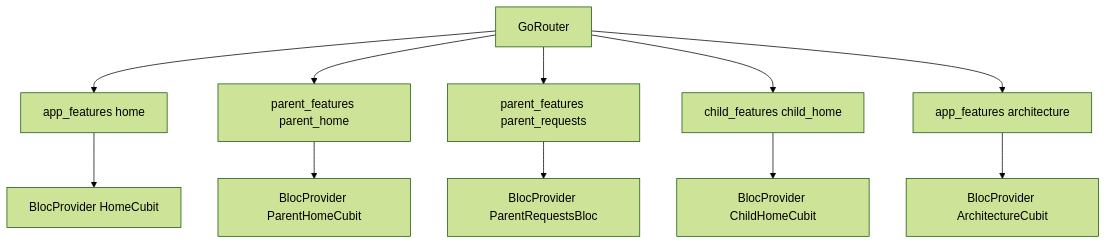
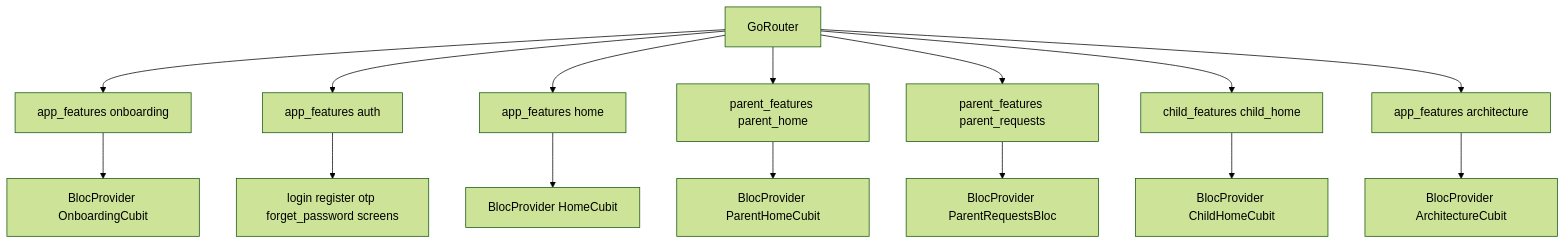
Before and after one commit to NasreddineLoukriz/elFulk-Mobile-App: the second of 3 diagrams in docs/ARCHITECTURE_DIAGRAMS.md, drawn with Mermaid (forest theme). The commit also changed other lines of this file and 5 other files, not shown here.

Commit message:
📝 docs: update docs for onboarding, auth, design tokens, and firebase placeholder

````diff
--- a/docs/ARCHITECTURE_DIAGRAMS.md
+++ b/docs/ARCHITECTURE_DIAGRAMS.md
@@ -23,14 +23,18 @@
 ```mermaid
 flowchart TD
-    R[GoRouter] --> A[app_features home]
+    R[GoRouter] --> O[app_features onboarding]
+    R --> A[app_features auth]
+    R --> H[app_features home]
     R --> P[parent_features parent_home]
     R --> PR[parent_features parent_requests]
     R --> C[child_features child_home]
     R --> X[app_features architecture]
 
-    A --> BA[BlocProvider HomeCubit]
+    O --> BO[BlocProvider OnboardingCubit]
+    A --> BA[login register otp forget_password screens]
+    H --> BH[BlocProvider HomeCubit]
     P --> BP[BlocProvider ParentHomeCubit]
     PR --> BR[BlocProvider ParentRequestsBloc]
     C --> BC[BlocProvider ChildHomeCubit]
     X --> BX[BlocProvider ArchitectureCubit]
 ```
````
